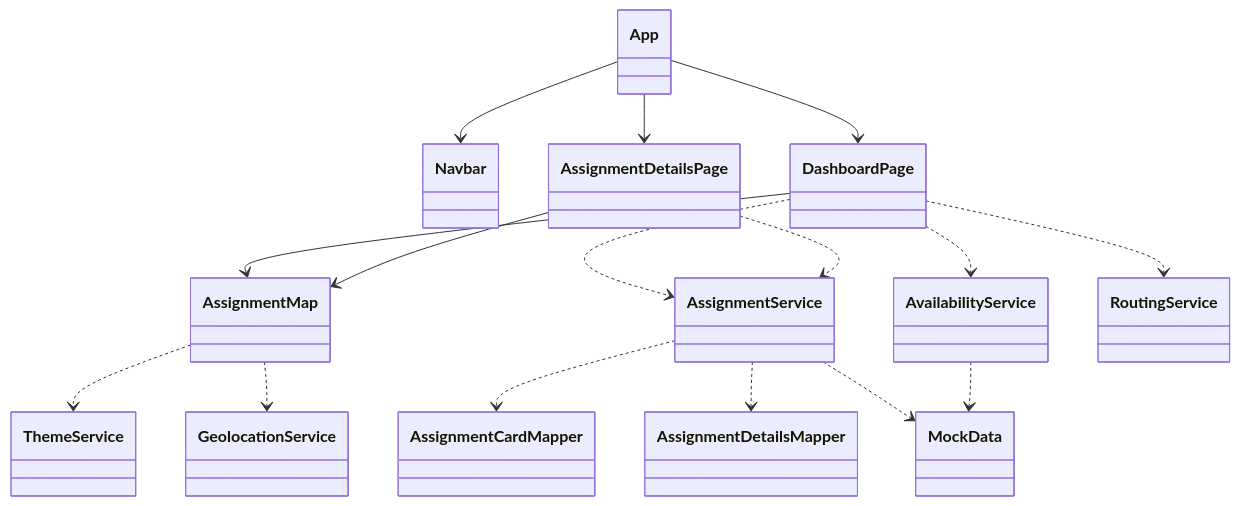
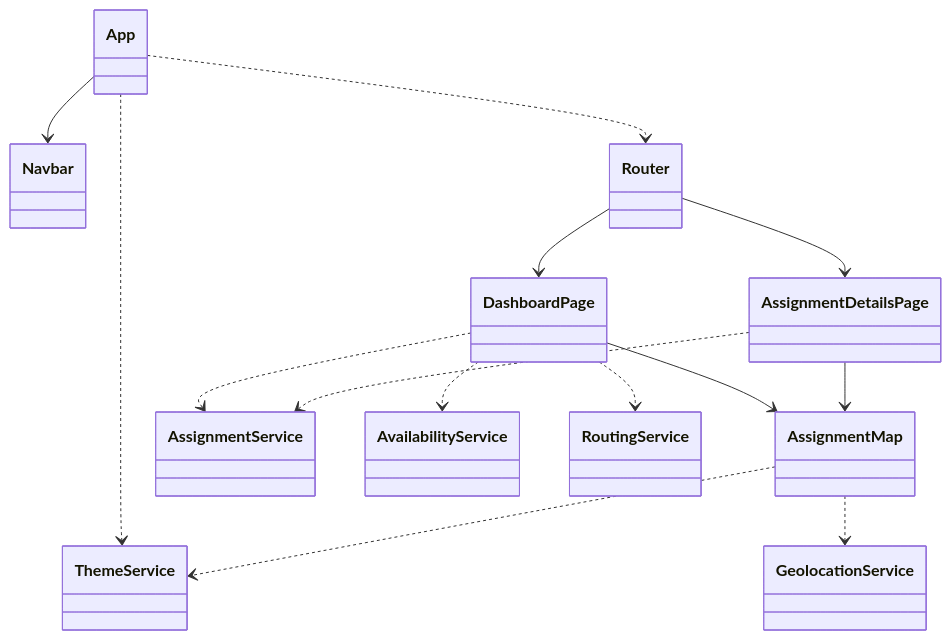
The fourth of 4 diagrams in README.md (ntnu-team-19/min-arbeidsdag), drawn with Mermaid before and after one commit. The commit also changed other lines of this file, not shown here.

Commit message:
docs: Updates class diagram so it is more technically accurate

````diff
--- a/README.md
+++ b/README.md
@@ -124,34 +124,29 @@
 ```mermaid
 classDiagram
     class App
     class Navbar
+    class Router
     class DashboardPage
     class AssignmentDetailsPage
     class AssignmentMap
     class AssignmentService
     class AvailabilityService
     class RoutingService
     class GeolocationService
     class ThemeService
-    class AssignmentCardMapper
-    class AssignmentDetailsMapper
-    class MockData
 
     App --> Navbar
-    App --> DashboardPage
-    App --> AssignmentDetailsPage
+    App ..> ThemeService
+    App ..> Router
+    Router --> DashboardPage
+    Router --> AssignmentDetailsPage
     DashboardPage --> AssignmentMap
     AssignmentDetailsPage --> AssignmentMap
 
     DashboardPage ..> AssignmentService
     DashboardPage ..> AvailabilityService
     DashboardPage ..> RoutingService
     AssignmentDetailsPage ..> AssignmentService
     AssignmentMap ..> ThemeService
     AssignmentMap ..> GeolocationService
-
-    AssignmentService ..> AssignmentCardMapper
-    AssignmentService ..> AssignmentDetailsMapper
-    AssignmentService ..> MockData
-    AvailabilityService ..> MockData
 ```
````
